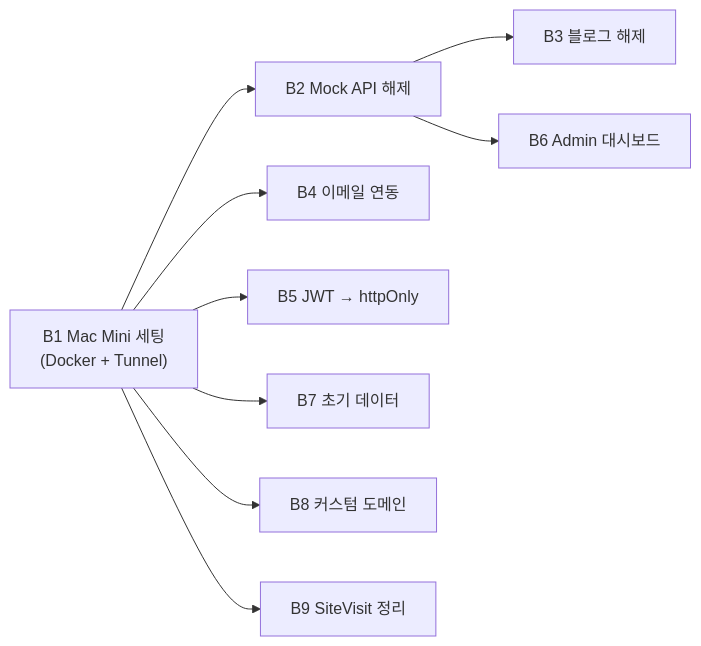
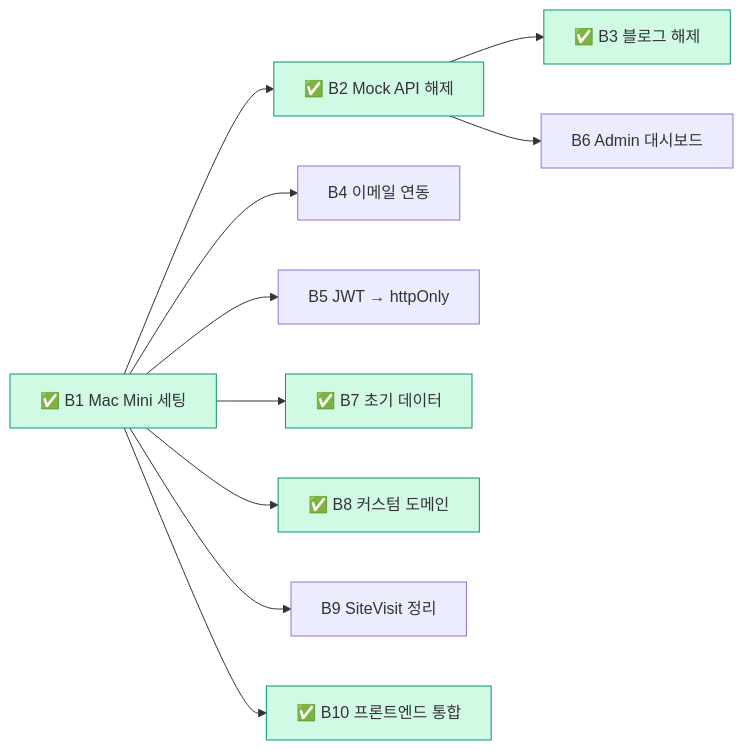
Before and after one commit to researcherhojin/emelmujiro: the second of 2 diagrams in README.md, drawn with Mermaid. The commit also changed other lines of this file and 1 other file, not shown here.

First line of the commit message:
docs: update README and CLAUDE.md for Mac Mini frontend deployment

````diff
--- a/README.md
+++ b/README.md
@@ -235,11 +237,19 @@
 ```mermaid
 graph LR
-    B1["B1 Mac Mini 세팅<br/>(Docker + Tunnel)"] --> B2["B2 Mock API 해제"]
+    B1["✅ B1 Mac Mini 세팅"] --> B2["✅ B2 Mock API 해제"]
     B1 --> B4["B4 이메일 연동"]
     B1 --> B5["B5 JWT → httpOnly"]
-    B1 --> B7["B7 초기 데이터"]
-    B1 --> B8["B8 커스텀 도메인"]
+    B1 --> B7["✅ B7 초기 데이터"]
+    B1 --> B8["✅ B8 커스텀 도메인"]
     B1 --> B9["B9 SiteVisit 정리"]
-    B2 --> B3["B3 블로그 해제"]
+    B1 --> B10["✅ B10 프론트엔드 통합"]
+    B2 --> B3["✅ B3 블로그 해제"]
     B2 --> B6["B6 Admin 대시보드"]
+
+    style B1 fill:#D1FAE5,stroke:#059669
+    style B2 fill:#D1FAE5,stroke:#059669
+    style B3 fill:#D1FAE5,stroke:#059669
+    style B7 fill:#D1FAE5,stroke:#059669
+    style B8 fill:#D1FAE5,stroke:#059669
+    style B10 fill:#D1FAE5,stroke:#059669
 ```
````
